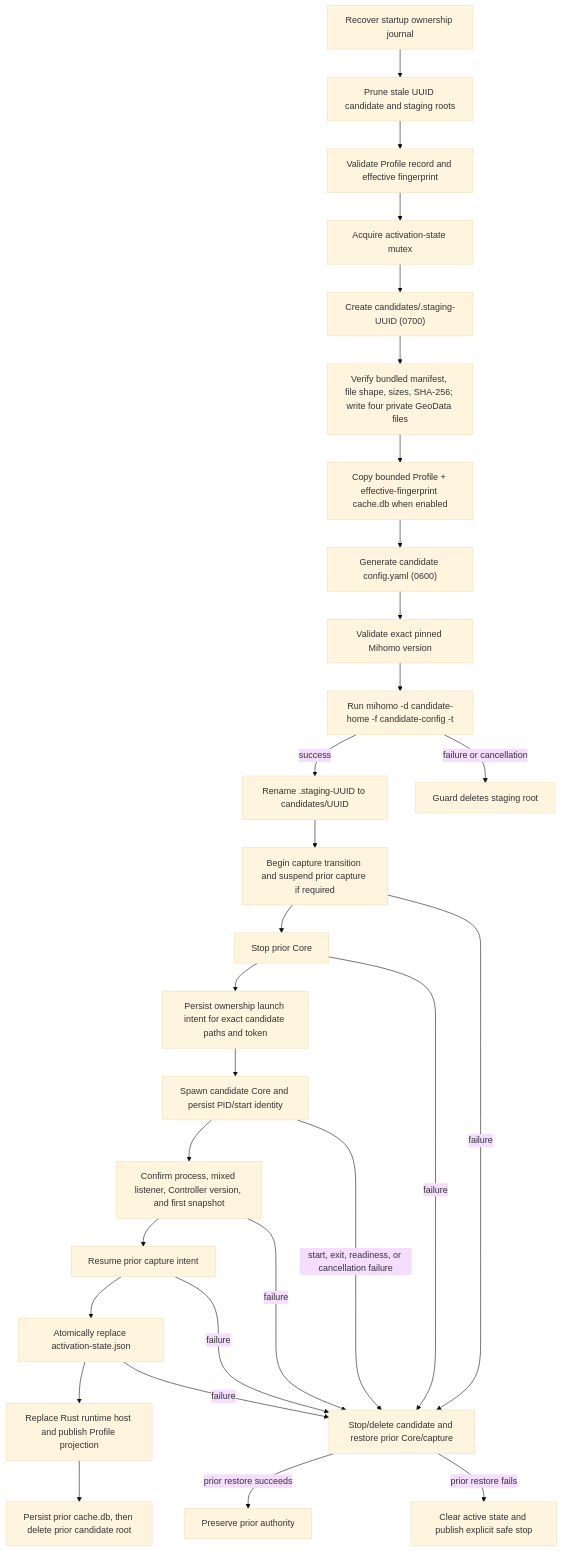
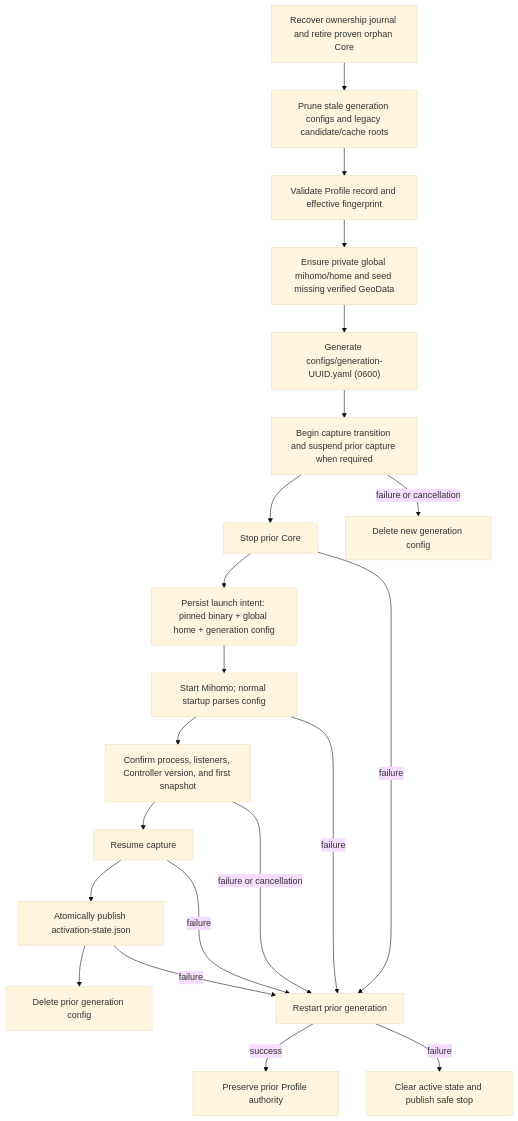
The diagram in docs/architecture/candidate-home-isolation.md (Asuka109/mish), drawn with Mermaid (base theme) before and after one commit. The commit also changed other lines of this file and 10 other files, not shown here.

Commit message:
refactor: share persistent mihomo runtime home

````diff
--- a/docs/architecture/candidate-home-isolation.md
+++ b/docs/architecture/candidate-home-isolation.md
@@ -353,31 +123,23 @@
 ```mermaid
 flowchart TD
-  Recover["Recover startup ownership journal"] --> Prune["Prune stale UUID candidate and staging roots"]
+  Recover["Recover ownership journal and retire proven orphan Core"] --> Prune["Prune stale generation configs and legacy candidate/cache roots"]
   Prune --> Validate["Validate Profile record and effective fingerprint"]
-  Validate --> Lock["Acquire activation-state mutex"]
-  Lock --> Stage["Create candidates/.staging-UUID (0700)"]
-  Stage --> Seed["Verify bundled manifest, file shape, sizes, SHA-256; write four private GeoData files"]
-  Seed --> Cache["Copy bounded Profile + effective-fingerprint cache.db when enabled"]
-  Cache --> Config["Generate candidate config.yaml (0600)"]
-  Config --> Version["Validate exact pinned Mihomo version"]
-  Version --> Test["Run mihomo -d candidate-home -f candidate-config -t"]
-  Test -->|success| Promote["Rename .staging-UUID to candidates/UUID"]
-  Test -->|failure or cancellation| DeleteStage["Guard deletes staging root"]
-  Promote --> Capture["Begin capture transition and suspend prior capture if required"]
-  Capture --> StopPrior["Stop prior Core"]
-  StopPrior --> Intent["Persist ownership launch intent for exact candidate paths and token"]
-  Intent --> Spawn["Spawn candidate Core and persist PID/start identity"]
-  Spawn --> Ready["Confirm process, mixed listener, Controller version, and first snapshot"]
-  Ready --> Resume["Resume prior capture intent"]
-  Resume --> Commit["Atomically replace activation-state.json"]
-  Commit --> Publish["Replace Rust runtime host and publish Profile projection"]
-  Publish --> Retire["Persist prior cache.db, then delete prior candidate root"]
-  Capture -->|failure| Rollback["Stop/delete candidate and restore prior Core/capture"]
-  StopPrior -->|failure| Rollback
-  Spawn -->|start, exit, readiness, or cancellation failure| Rollback
-  Ready -->|failure| Rollback
+  Validate --> Home["Ensure private global mihomo/home and seed missing verified GeoData"]
+  Home --> Config["Generate configs/generation-UUID.yaml (0600)"]
+  Config --> Capture["Begin capture transition and suspend prior capture when required"]
+  Capture --> Stop["Stop prior Core"]
+  Stop --> Intent["Persist launch intent: pinned binary + global home + generation config"]
+  Intent --> Start["Start Mihomo; normal startup parses config"]
+  Start --> Ready["Confirm process, listeners, Controller version, and first snapshot"]
+  Ready --> Resume["Resume capture"]
+  Resume --> Commit["Atomically publish activation-state.json"]
+  Commit --> Retire["Delete prior generation config"]
+  Capture -->|failure or cancellation| Reject["Delete new generation config"]
+  Stop -->|failure| Rollback["Restart prior generation"]
+  Start -->|failure| Rollback
+  Ready -->|failure or cancellation| Rollback
   Resume -->|failure| Rollback
   Commit -->|failure| Rollback
-  Rollback -->|prior restore succeeds| Preserve["Preserve prior authority"]
-  Rollback -->|prior restore fails| SafeStop["Clear active state and publish explicit safe stop"]
+  Rollback -->|success| Preserve["Preserve prior Profile authority"]
+  Rollback -->|failure| SafeStop["Clear active state and publish safe stop"]
 ```
````
